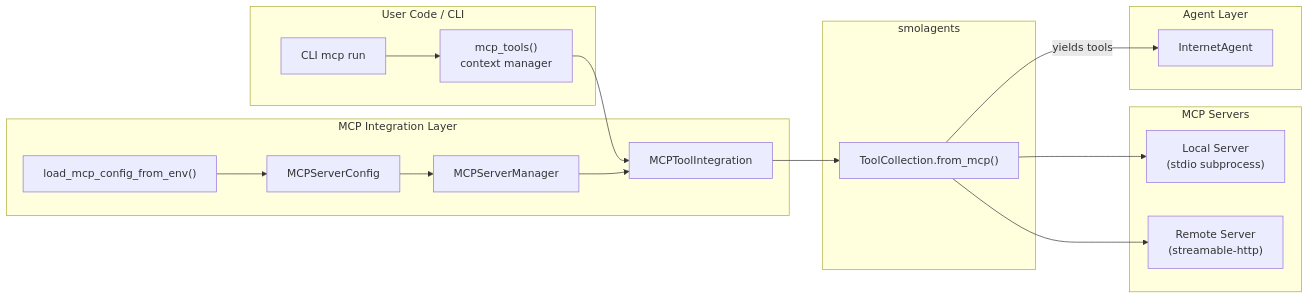
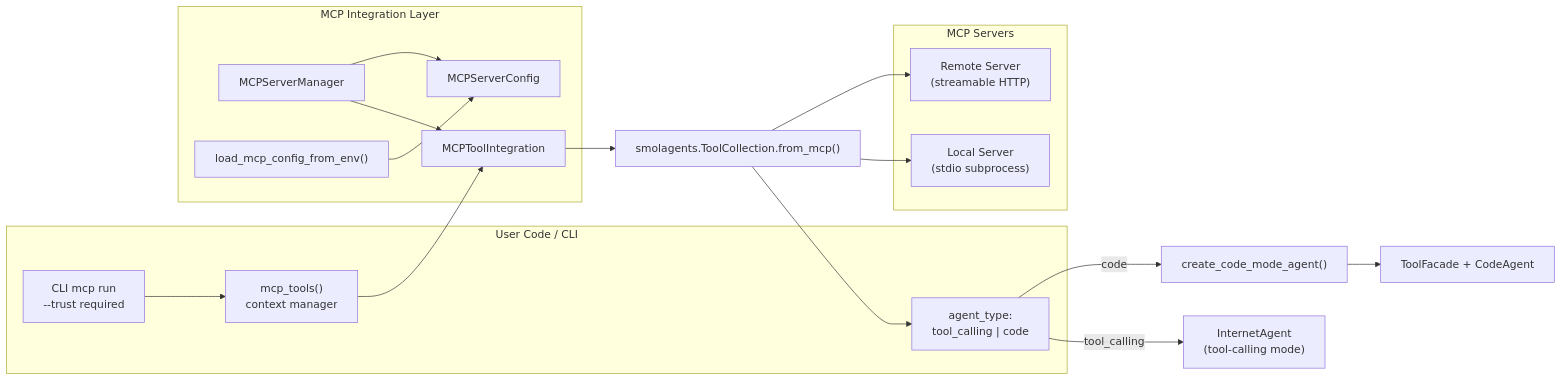
Before and after one commit to AgenticInternet/agentic-internet: the seventh of 10 diagrams in specs/CODEBASE_DIAGRAM.md, drawn with Mermaid. The commit also changed other lines of this file, not shown here.

Commit message:
docs: update codebase architecture diagrams

````diff
--- a/specs/CODEBASE_DIAGRAM.md
+++ b/specs/CODEBASE_DIAGRAM.md
@@ -466,37 +427,39 @@
 ```mermaid
 flowchart LR
     subgraph user_code["User Code / CLI"]
         mcp_ctx["mcp_tools()<br/>context manager"]
-        cli_mcp["CLI mcp run"]
+        cli_mcp["CLI mcp run<br/>--trust required"]
+        agent_type["agent_type:<br/>tool_calling | code"]
     end
 
     subgraph mcp_layer["MCP Integration Layer"]
         mcp_int["MCPToolIntegration"]
         mcp_mgr["MCPServerManager"]
         mcp_cfg["MCPServerConfig"]
         env_loader["load_mcp_config_from_env()"]
     end
 
-    subgraph smolagents_mcp["smolagents"]
-        tool_collection["ToolCollection.from_mcp()"]
-    end
+    tool_collection["smolagents.ToolCollection.from_mcp()"]
 
     subgraph mcp_servers["MCP Servers"]
         stdio_server["Local Server<br/>(stdio subprocess)"]
-        http_server["Remote Server<br/>(streamable-http)"]
+        http_server["Remote Server<br/>(streamable HTTP)"]
     end
 
-    subgraph agent_layer["Agent Layer"]
-        agent["InternetAgent"]
-    end
+    agent["InternetAgent<br/>(tool-calling mode)"]
+    code_mode["create_code_mode_agent()"]
+    facade["ToolFacade + CodeAgent"]
 
     cli_mcp --> mcp_ctx
     mcp_ctx --> mcp_int
     mcp_int --> tool_collection
     mcp_mgr --> mcp_int
-    mcp_cfg --> mcp_mgr
+    mcp_mgr --> mcp_cfg
     env_loader --> mcp_cfg
     tool_collection --> stdio_server
     tool_collection --> http_server
-    tool_collection --> |"yields tools"| agent
+    tool_collection --> agent_type
+    agent_type -->|"tool_calling"| agent
+    agent_type -->|"code"| code_mode
+    code_mode --> facade
 ```
````
